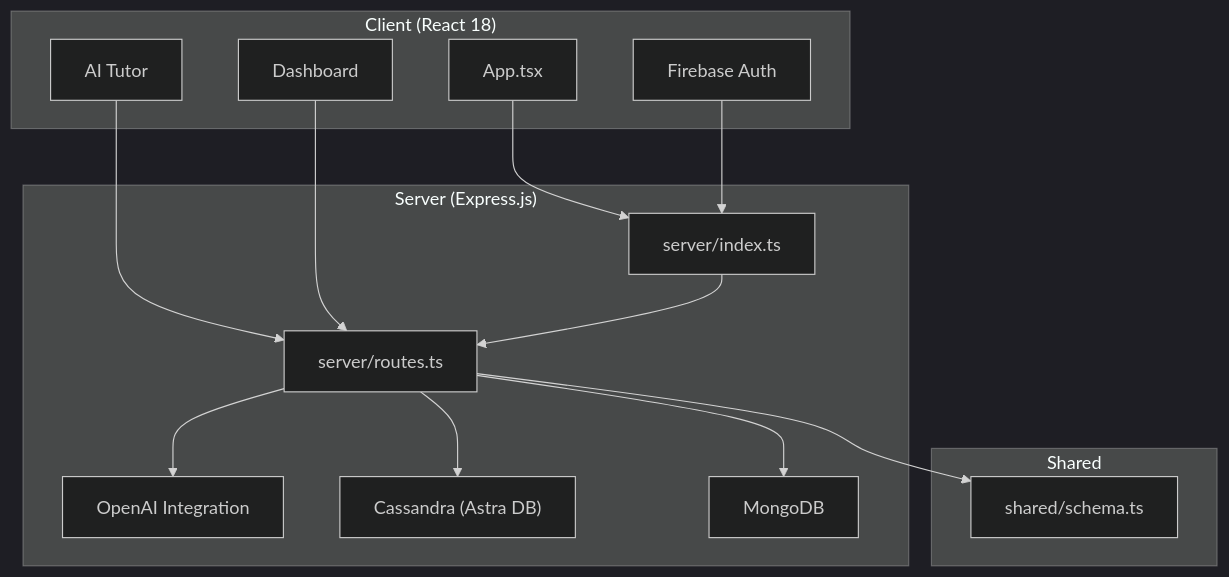
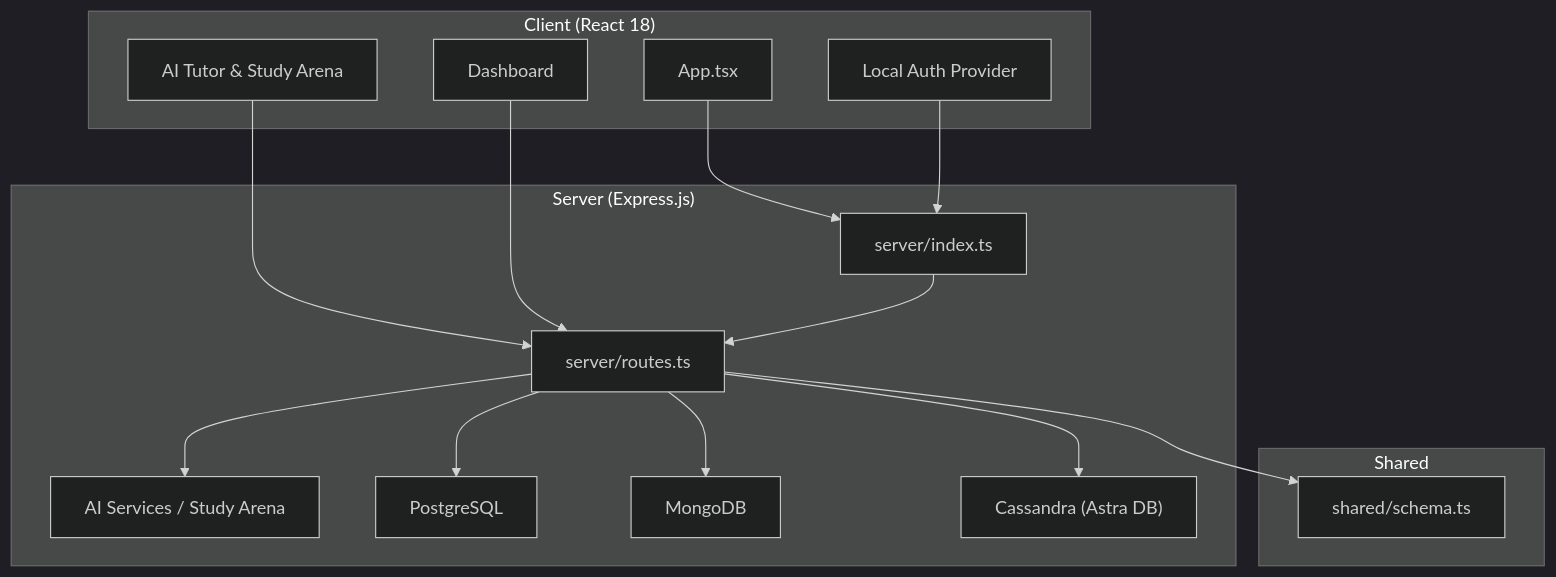
The first of 7 diagrams in docs/code-wiki/content/Project Overview.md (nitishssh/Class-mode), drawn with Mermaid (dark theme) before and after one commit. The commit also changed other lines of this file and 4 other files, not shown here.

Commit message:
docs: update architecture documentation to reflect PostgreSQL integration, local authentication, and multi-provider AI features

````diff
--- a/docs/code-wiki/content/Project Overview.md
+++ b/docs/code-wiki/content/Project Overview.md
@@ -47,28 +47,30 @@
 ```mermaid
 graph TB
 subgraph "Client (React 18)"
 C_App["App.tsx"]
-C_Firebase["Firebase Auth"]
-C_AI["AI Tutor"]
+C_Auth["Local Auth Provider"]
+C_AI["AI Tutor & Study Arena"]
 C_Dash["Dashboard"]
 end
 subgraph "Server (Express.js)"
 S_Index["server/index.ts"]
 S_Routes["server/routes.ts"]
-S_OpenAI["OpenAI Integration"]
+S_AI["AI Services / Study Arena"]
+S_PG["PostgreSQL"]
+S_Mongo["MongoDB"]
 S_Cassandra["Cassandra (Astra DB)"]
-S_Mongo["MongoDB"]
 end
 subgraph "Shared"
 Sh_Schema["shared/schema.ts"]
 end
 C_App --> S_Index
-C_Firebase --> S_Index
+C_Auth --> S_Index
 C_AI --> S_Routes
 C_Dash --> S_Routes
 S_Index --> S_Routes
-S_Routes --> S_OpenAI
+S_Routes --> S_AI
+S_Routes --> S_PG
+S_Routes --> S_Mongo
 S_Routes --> S_Cassandra
-S_Routes --> S_Mongo
 S_Routes --> Sh_Schema
 ```
````
